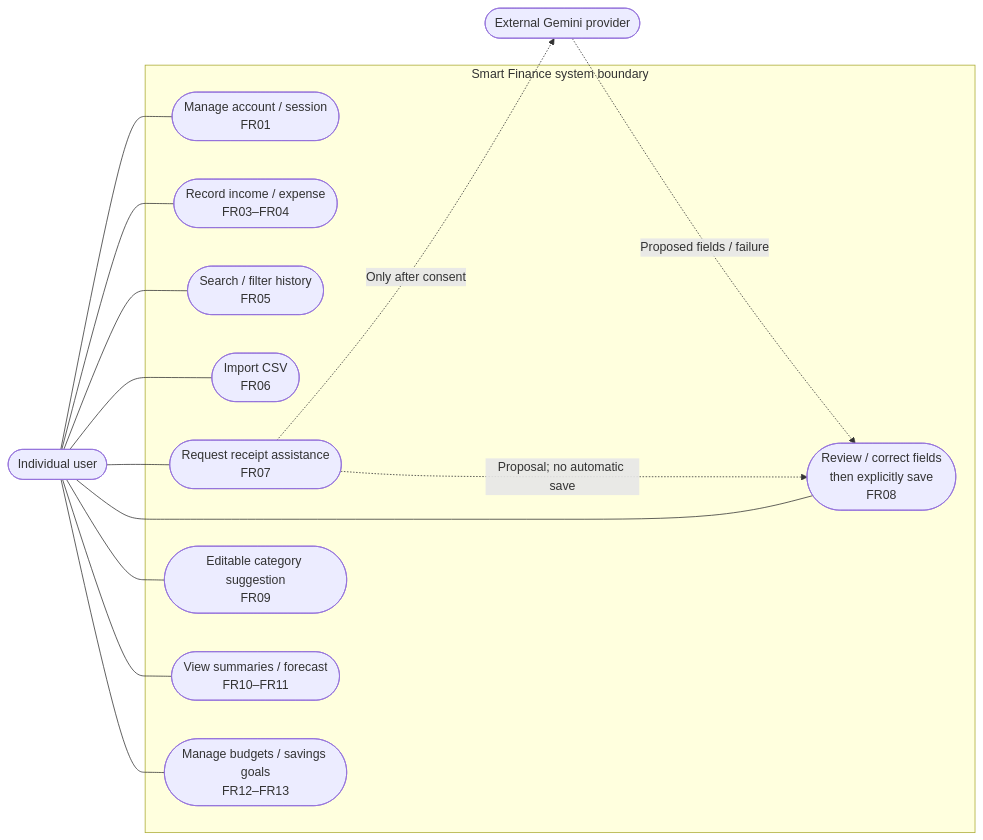
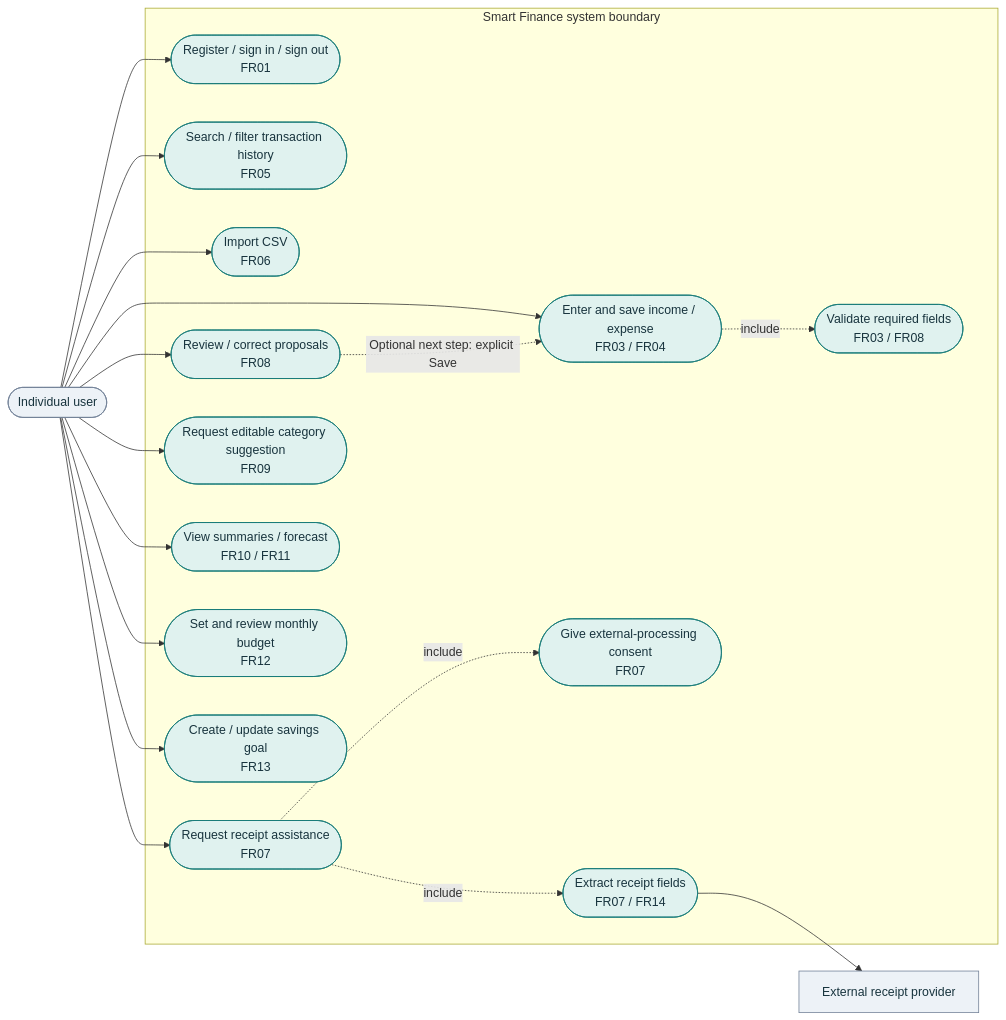
One commit to KaberDaryn/smart-finance-project changed the diagram in docs/diagrams/use-case.mmd. Above: the diagram before and after it, drawn with Mermaid. The commit also changed 15 other files, not shown here.

```diff
--- a/docs/diagrams/use-case.mmd
+++ b/docs/diagrams/use-case.mmd
@@ -1,26 +1,38 @@
 flowchart LR
-    U([Individual user])
-    subgraph SF[Smart Finance system boundary]
-      A([Manage account / session<br/>FR01])
-      R([Record income / expense<br/>FR03–FR04])
-      H([Search / filter history<br/>FR05])
-      C([Import CSV<br/>FR06])
-      RC([Request receipt assistance<br/>FR07])
-      RV([Review / correct fields<br/>then explicitly save<br/>FR08])
-      CAT([Editable category suggestion<br/>FR09])
-      I([View summaries / forecast<br/>FR10–FR11])
-      P([Manage budgets / savings goals<br/>FR12–FR13])
-    end
-    G([External Gemini provider])
-    U --- A
-    U --- R
-    U --- H
-    U --- C
-    U --- RC
-    U --- RV
-    U --- CAT
-    U --- I
-    U --- P
-    RC -.->|Only after consent| G
-    G -.->|Proposed fields / failure| RV
-    RC -.->|Proposal; no automatic save| RV
+  subgraph app["Smart Finance system boundary"]
+    account(["Register / sign in / sign out<br/>FR01"])
+    record(["Enter and save income / expense<br/>FR03 / FR04"])
+    history(["Search / filter transaction history<br/>FR05"])
+    csv(["Import CSV<br/>FR06"])
+    receipt(["Request receipt assistance<br/>FR07"])
+    consent(["Give external-processing consent<br/>FR07"])
+    extract(["Extract receipt fields<br/>FR07 / FR14"])
+    review(["Review / correct proposals<br/>FR08"])
+    validate(["Validate required fields<br/>FR03 / FR08"])
+    classify(["Request editable category suggestion<br/>FR09"])
+    insights(["View summaries / forecast<br/>FR10 / FR11"])
+    budget(["Set and review monthly budget<br/>FR12"])
+    goal(["Create / update savings goal<br/>FR13"])
+  end
+  user(["Individual user"])
+  provider["External receipt provider"]
+  user --> account
+  user --> record
+  user --> history
+  user --> csv
+  user --> receipt
+  user --> review
+  user --> classify
+  user --> insights
+  user --> budget
+  user --> goal
+  receipt -.->|"include"| consent
+  receipt -.->|"include"| extract
+  extract --> provider
+  record -.->|"include"| validate
+  review -.->|"Optional next step: explicit Save"| record
+  classDef external fill:#edf2f7,stroke:#718096,color:#18343e;
+  classDef core fill:#e0f2ef,stroke:#177b78,color:#18343e;
+  classDef store fill:#fff5df,stroke:#ac873b,color:#18343e;
+  class user,provider external;
+  class account,record,history,csv,receipt,consent,extract,review,validate,classify,insights,budget,goal core;
```
